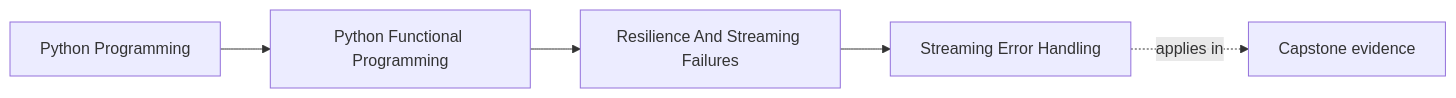
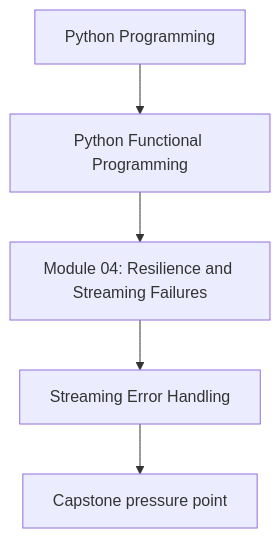
Before and after one commit to bijux/bijux-masterclass: the first of 2 diagrams in programs/python-programming/python-functional-programming/course-book/module-04-resilience-and-streaming-failures/streaming-error-handling.md, drawn with Mermaid. The commit also changed other lines of this file and 118 other files, not shown here.

Commit message:
docs(python-functional-programming): align concept page diagrams

````diff
--- a/programs/python-programming/python-functional-programming/course-book/module-04-resilience-and-streaming-failures/streaming-error-handling.md
+++ b/programs/python-programming/python-functional-programming/course-book/module-04-resilience-and-streaming-failures/streaming-error-handling.md
@@ -7,11 +7,7 @@
 ```mermaid
-graph LR
-  family["Python Programming"]
-  program["Python Functional Programming"]
-  section["Resilience And Streaming Failures"]
-  page["Streaming Error Handling"]
-  capstone["Capstone evidence"]
-
-  family --> program --> section --> page
-  page -.applies in.-> capstone
+flowchart TD
+  family["Python Programming"] --> program["Python Functional Programming"]
+  program --> module["Module 04: Resilience and Streaming Failures"]
+  module --> concept["Streaming Error Handling"]
+  concept --> capstone["Capstone pressure point"]
 ```
````
